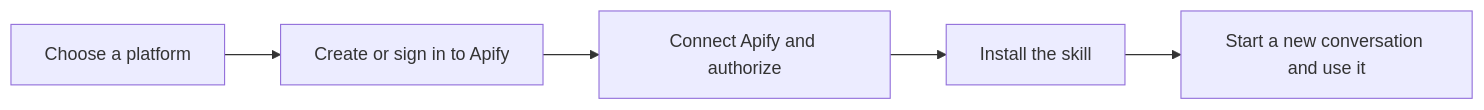
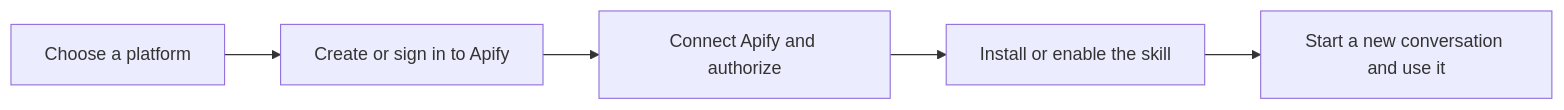
One commit to apismith-labs/instagram-ai-agent-skills changed the diagram in docs/README.md. Above: the diagram before and after it, drawn with Mermaid. The commit also changed other lines of this file and 5 other files, not shown here.

````diff
--- a/docs/README.md
+++ b/docs/README.md
@@ -7,7 +7,7 @@
 ```mermaid
 flowchart LR
     A[Choose a platform] --> B[Create or sign in to Apify]
     B --> C[Connect Apify and authorize]
-    C --> D[Install the skill]
+    C --> D[Install or enable the skill]
     D --> E[Start a new conversation and use it]
 ```
````
